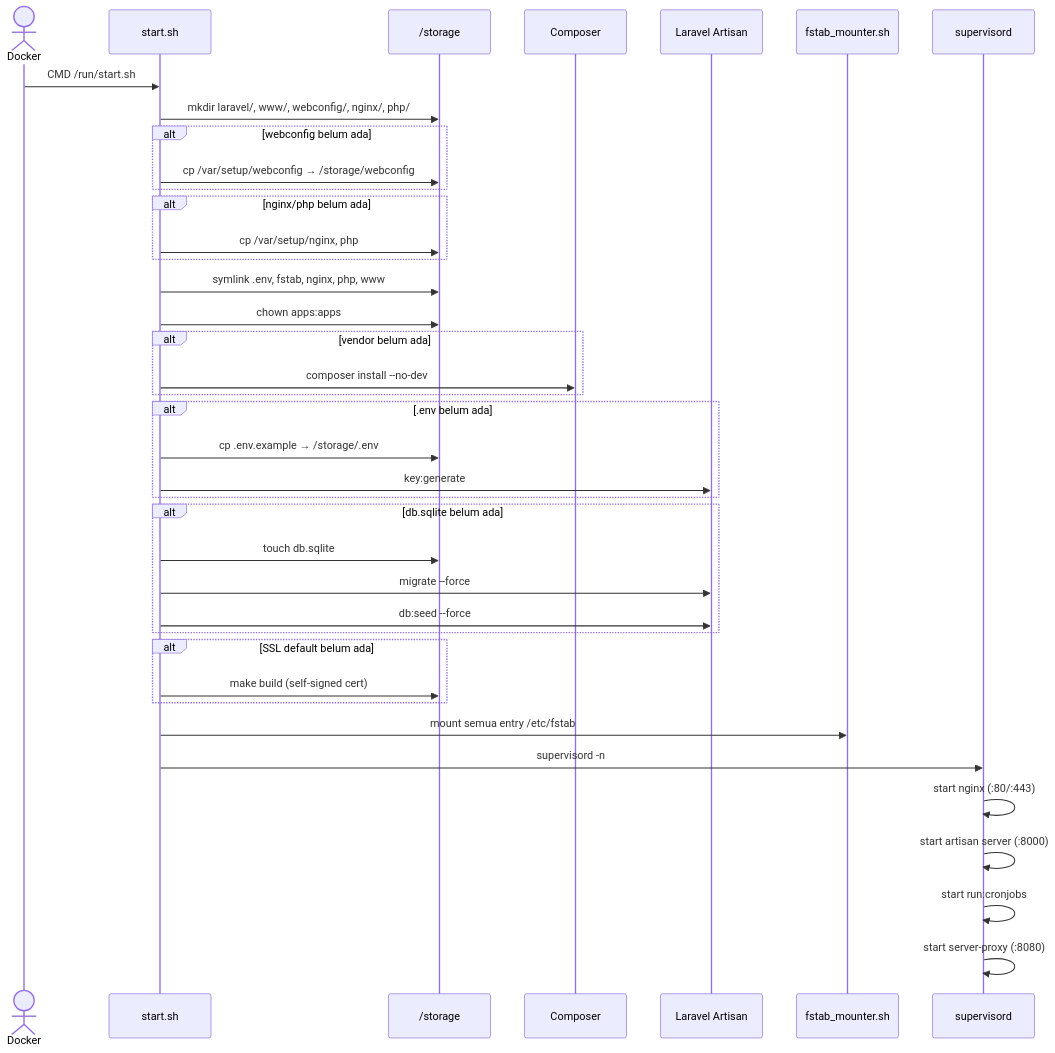
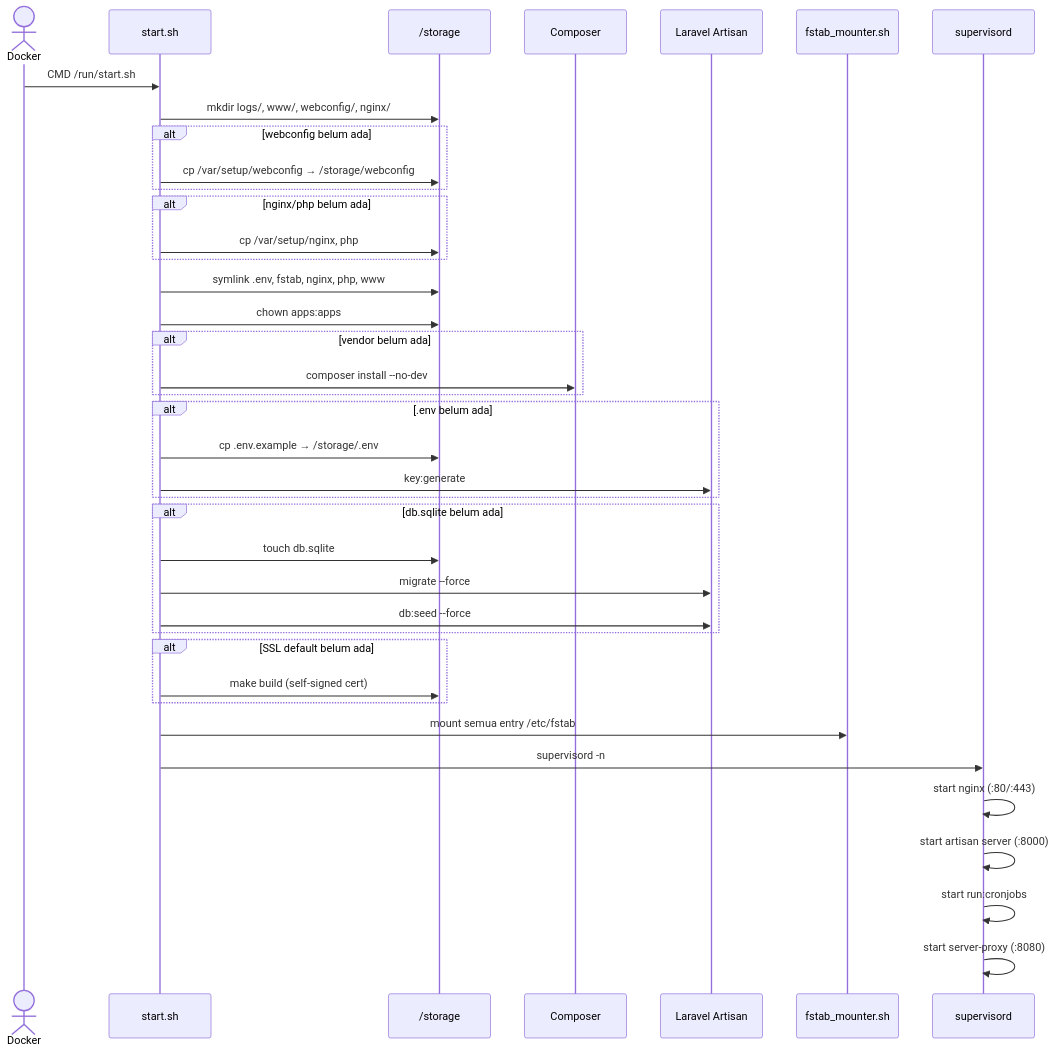
One commit to jahrulnr/GoSite changed the diagram in docs/sequences/01-container-startup.md. Above: the diagram before and after it, drawn with Mermaid. The commit also changed 57 other files, not shown here.

````diff
--- a/docs/sequences/01-container-startup.md
+++ b/docs/sequences/01-container-startup.md
@@ -7,46 +7,46 @@
 ```mermaid
 sequenceDiagram
     actor Docker
     participant Start as start.sh
     participant Storage as /storage
     participant Composer
     participant Artisan as Laravel Artisan
     participant Fstab as fstab_mounter.sh
     participant Super as supervisord
 
     Docker->>Start: CMD /run/start.sh
 
-    Start->>Storage: mkdir laravel/, www/, webconfig/, nginx/, php/
+    Start->>Storage: mkdir logs/, www/, webconfig/, nginx/
     alt webconfig belum ada
         Start->>Storage: cp /var/setup/webconfig → /storage/webconfig
     end
     alt nginx/php belum ada
         Start->>Storage: cp /var/setup/nginx, php
     end
     Start->>Storage: symlink .env, fstab, nginx, php, www
     Start->>Storage: chown apps:apps
 
     alt vendor belum ada
         Start->>Composer: composer install --no-dev
     end
     alt .env belum ada
         Start->>Storage: cp .env.example → /storage/.env
         Start->>Artisan: key:generate
     end
     alt db.sqlite belum ada
         Start->>Storage: touch db.sqlite
         Start->>Artisan: migrate --force
         Start->>Artisan: db:seed --force
     end
     alt SSL default belum ada
         Start->>Storage: make build (self-signed cert)
     end
 
     Start->>Fstab: mount semua entry /etc/fstab
     Start->>Super: supervisord -n
 
     Super->>Super: start nginx (:80/:443)
     Super->>Super: start artisan server (:8000)
     Super->>Super: start run:cronjobs
     Super->>Super: start server-proxy (:8080)
 ```
````
